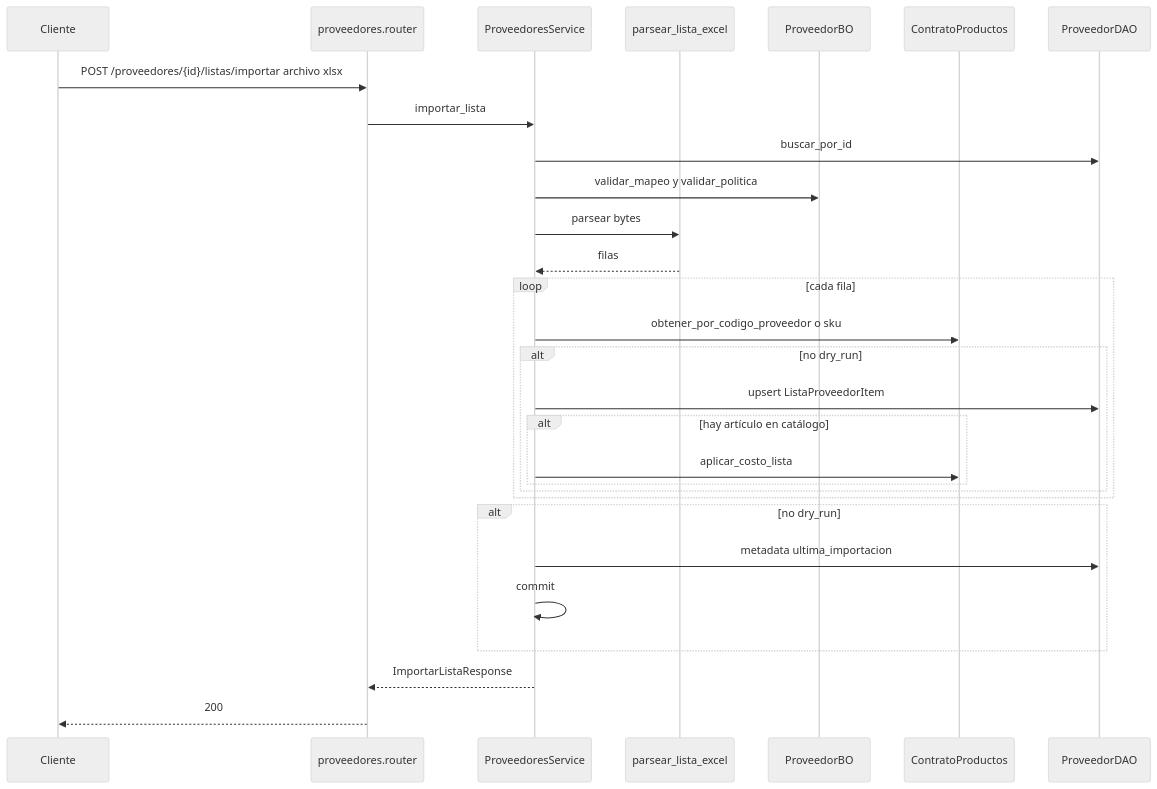
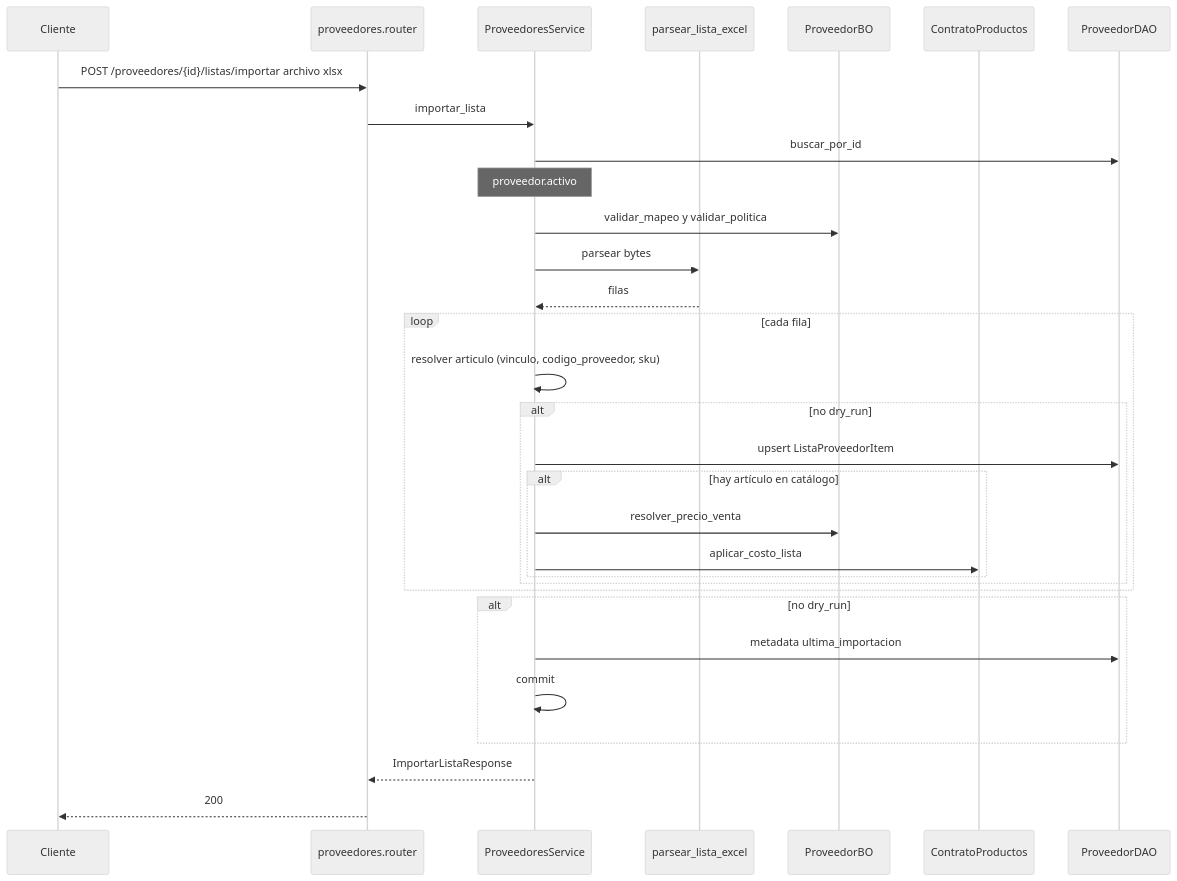
The diagram in docs/diagramas/proveedores.md (estsan3/ventas360-api), drawn with Mermaid (neutral theme) before and after one commit. The commit also changed other lines of this file and 21 other files, not shown here.

First line of the commit message:
docs: re-sincronizar diagramas de secuencia por módulo (2026-11-11)

````diff
--- a/docs/diagramas/proveedores.md
+++ b/docs/diagramas/proveedores.md
@@ -12,32 +12,34 @@
 ```mermaid
 sequenceDiagram
     participant Cliente
     participant Router as proveedores.router
     participant Service as ProveedoresService
     participant Excel as parsear_lista_excel
     participant BO as ProveedorBO
     participant Productos as ContratoProductos
     participant DAO as ProveedorDAO
 
     Cliente->>Router: POST /proveedores/{id}/listas/importar archivo xlsx
     Router->>Service: importar_lista
     Service->>DAO: buscar_por_id
+    Note over Service: proveedor.activo
     Service->>BO: validar_mapeo y validar_politica
     Service->>Excel: parsear bytes
     Excel-->>Service: filas
     loop cada fila
-        Service->>Productos: obtener_por_codigo_proveedor o sku
+        Service->>Service: resolver articulo (vinculo, codigo_proveedor, sku)
         alt no dry_run
             Service->>DAO: upsert ListaProveedorItem
             alt hay artículo en catálogo
+                Service->>BO: resolver_precio_venta
                 Service->>Productos: aplicar_costo_lista
             end
         end
     end
     alt no dry_run
         Service->>DAO: metadata ultima_importacion
         Service->>Service: commit
     end
     Service-->>Router: ImportarListaResponse
     Router-->>Cliente: 200
 ```
````
